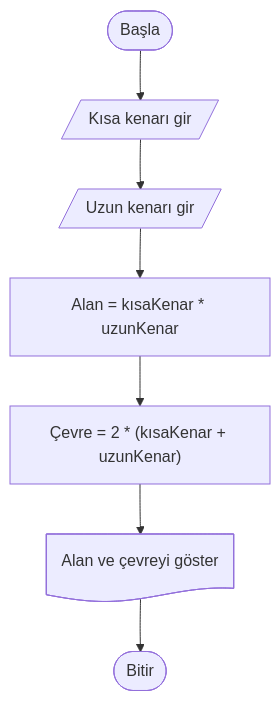
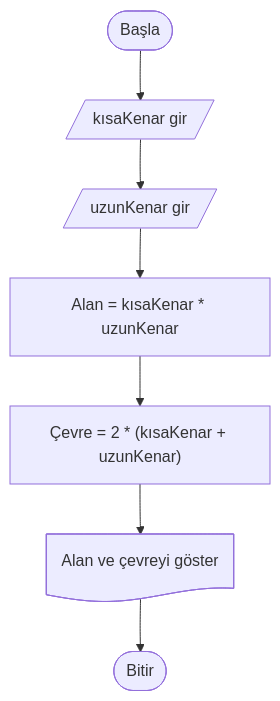
Before and after one commit to ibrahimayaz/Algoritma-ve-Programlamaya-Giris: the fourth of 10 diagrams in Hafta_04_Akis_Diyagramlari_1.md, drawn with Mermaid.

Commit message:
Hafta04 guncellendi

````diff
--- a/Hafta_04_Akis_Diyagramlari_1.md
+++ b/Hafta_04_Akis_Diyagramlari_1.md
@@ -130,9 +130,9 @@
 ```mermaid
 graph TD
-    A([Başla]) --> B[/Kısa kenarı gir/]
-    B --> C[/Uzun kenarı gir/]
+    A([Başla]) --> B[/kısaKenar gir/]
+    B --> C[/uzunKenar gir/]
     C --> D[Alan = kısaKenar * uzunKenar]
     D --> E["Çevre = 2 * (kısaKenar + uzunKenar)"]
     E --> F@{ shape: doc, label: "Alan ve çevreyi göster" }
     F --> G([Bitir])
 ```
````
